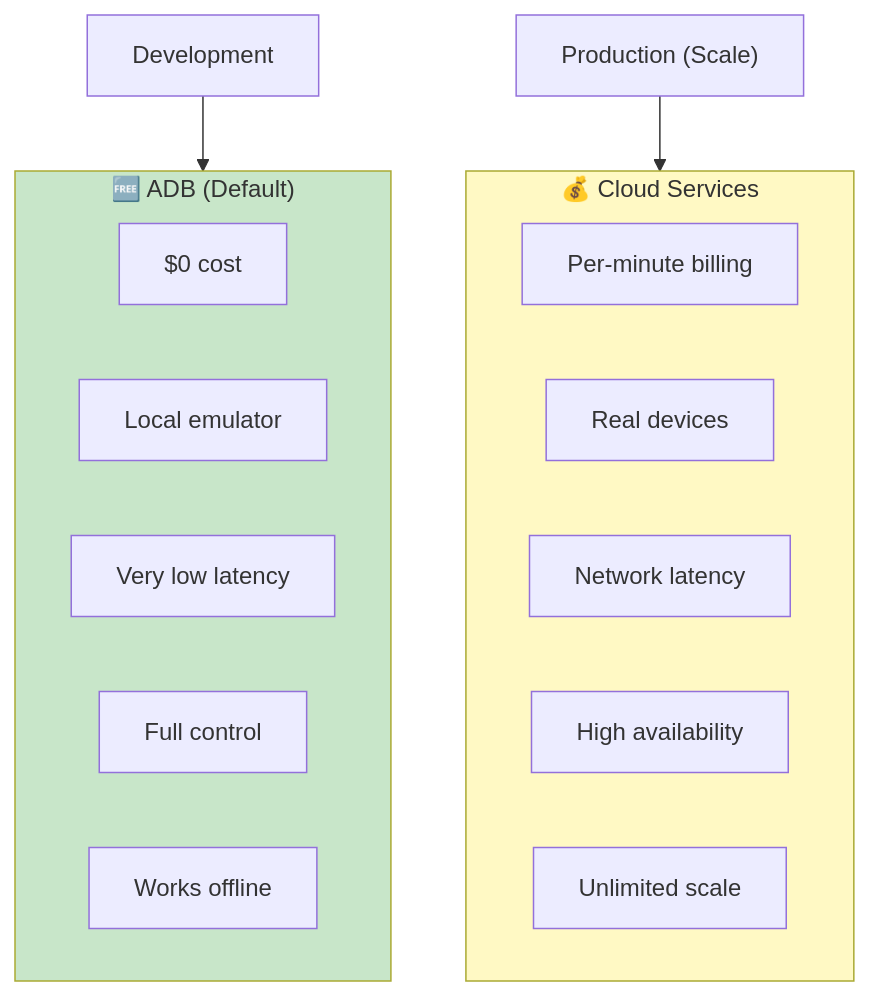
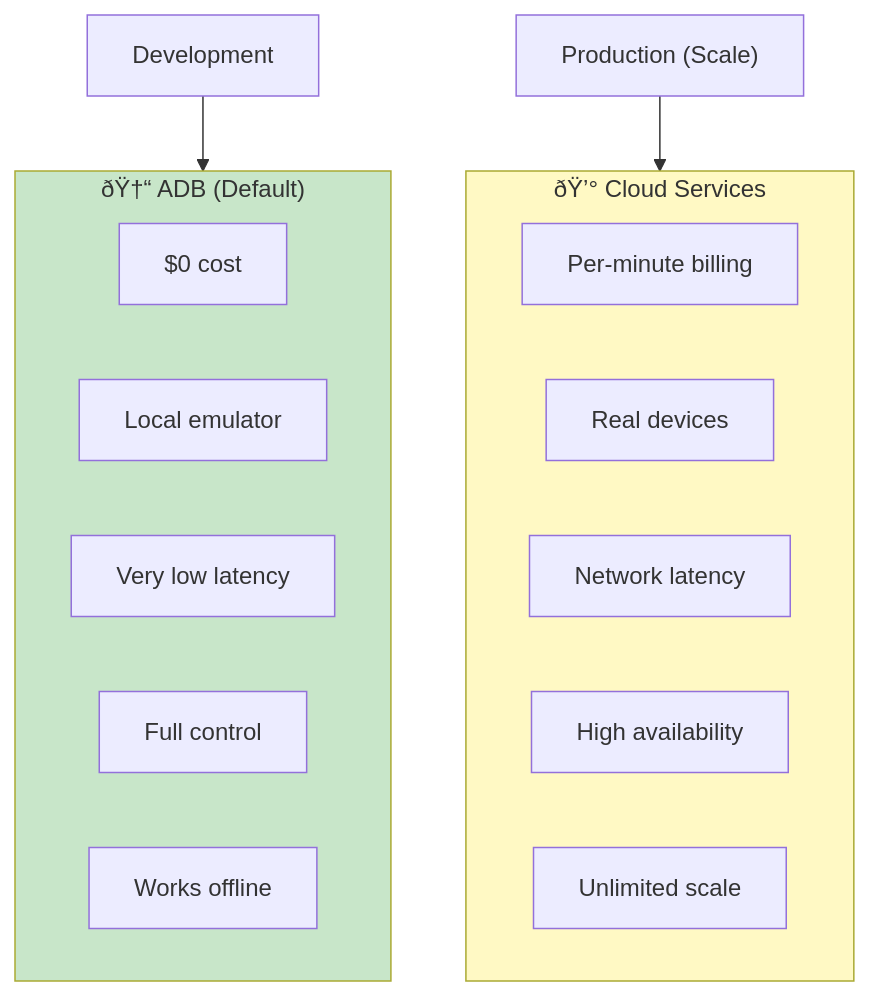
The sixth of 9 diagrams in ARCHITECTURE.md (varunaditya27/android-ai-agent), drawn with Mermaid before and after one commit. The commit also changed other lines of this file and 1 other file, not shown here.

Commit message:
Update README and ARCHITECTURE files

````diff
--- a/ARCHITECTURE.md
+++ b/ARCHITECTURE.md
@@ -573,24 +656,24 @@
 ```mermaid
 flowchart TB
-    subgraph FREE["🆓 ADB (Default)"]
+    subgraph FREE["ðŸ†“ ADB (Default)"]
         A1["$0 cost"]
         A2["Local emulator"]
         A3["Very low latency"]
         A4["Full control"]
         A5["Works offline"]
     end
 
-    subgraph PAID["💰 Cloud Services"]
+    subgraph PAID["ðŸ’° Cloud Services"]
         C1["Per-minute billing"]
         C2["Real devices"]
         C3["Network latency"]
         C4["High availability"]
         C5["Unlimited scale"]
     end
 
     Dev["Development"] --> FREE
     Prod["Production (Scale)"] --> PAID
 
     style FREE fill:#c8e6c9
     style PAID fill:#fff9c4
 ```
````
